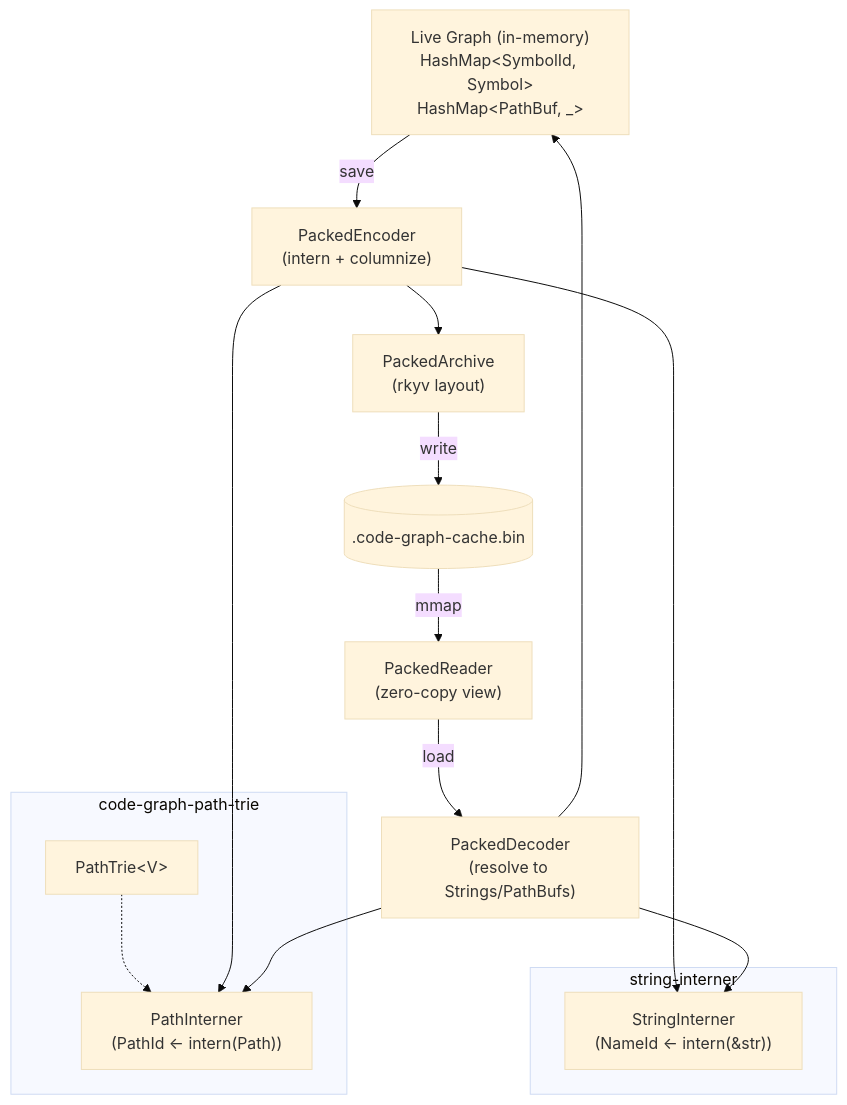
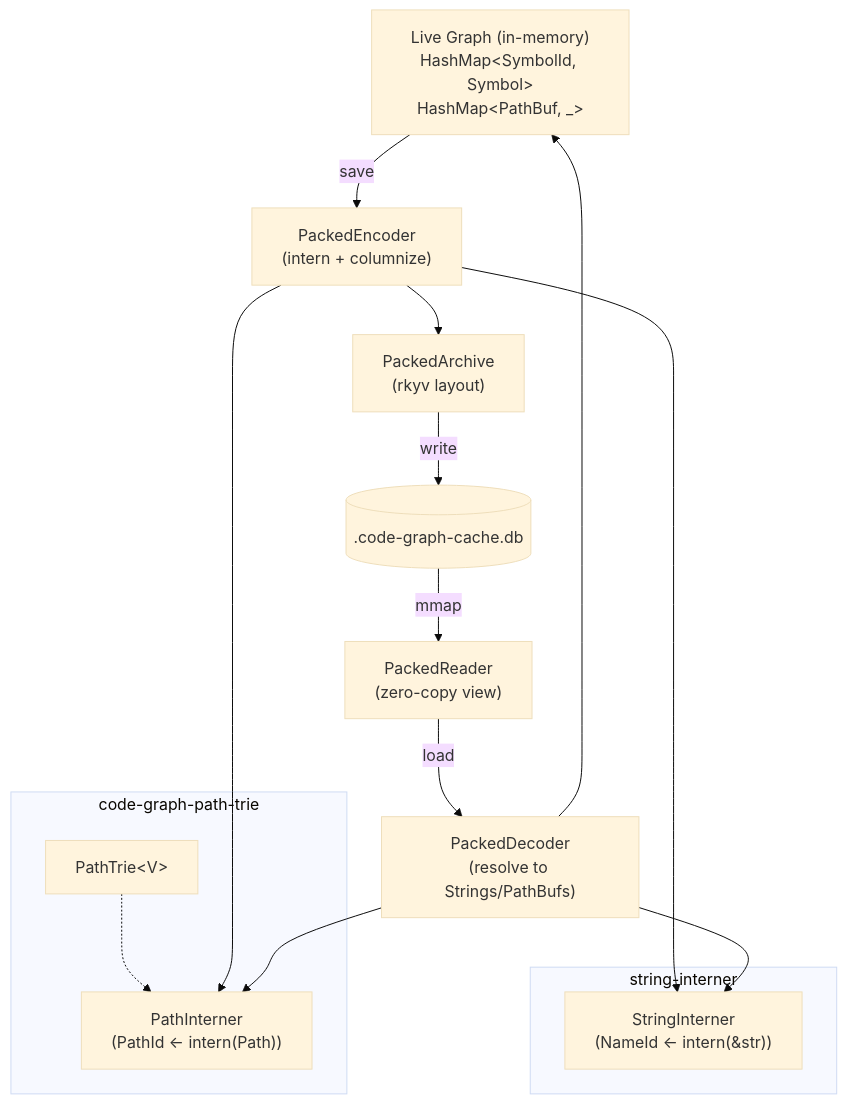
The first of 3 diagrams in .plans/Designs/PackedCache/README.md (danweinerdev/code-graph-mcp), drawn with Mermaid (base theme) before and after one commit. The commit also changed other lines of this file and 3 other files, not shown here.

````diff
--- a/.plans/Designs/PackedCache/README.md
+++ b/.plans/Designs/PackedCache/README.md
@@ -56,26 +63,26 @@
 ```mermaid
 graph TD
     LiveGraph["Live Graph (in-memory)<br/>HashMap&lt;SymbolId, Symbol&gt;<br/>HashMap&lt;PathBuf, _&gt;"] -->|save| Encoder
     Encoder["PackedEncoder<br/>(intern + columnize)"] --> Archive["PackedArchive<br/>(rkyv layout)"]
-    Archive -->|write| Disk[(".code-graph-cache.bin")]
+    Archive -->|write| Disk[(".code-graph-cache.db")]
 
     Disk -->|mmap| Reader["PackedReader<br/>(zero-copy view)"]
     Reader -->|load| Decoder["PackedDecoder<br/>(resolve to Strings/PathBufs)"]
     Decoder --> LiveGraph
 
     subgraph "code-graph-path-trie"
       PathTrie["PathTrie&lt;V&gt;"]
       PathInterner["PathInterner<br/>(PathId&nbsp;←&nbsp;intern(Path))"]
       PathTrie -.-> PathInterner
     end
 
     Encoder --> PathInterner
     Decoder --> PathInterner
 
     subgraph "string-interner"
       NameInterner["StringInterner<br/>(NameId&nbsp;←&nbsp;intern(&amp;str))"]
     end
 
     Encoder --> NameInterner
     Decoder --> NameInterner
 ```
````
